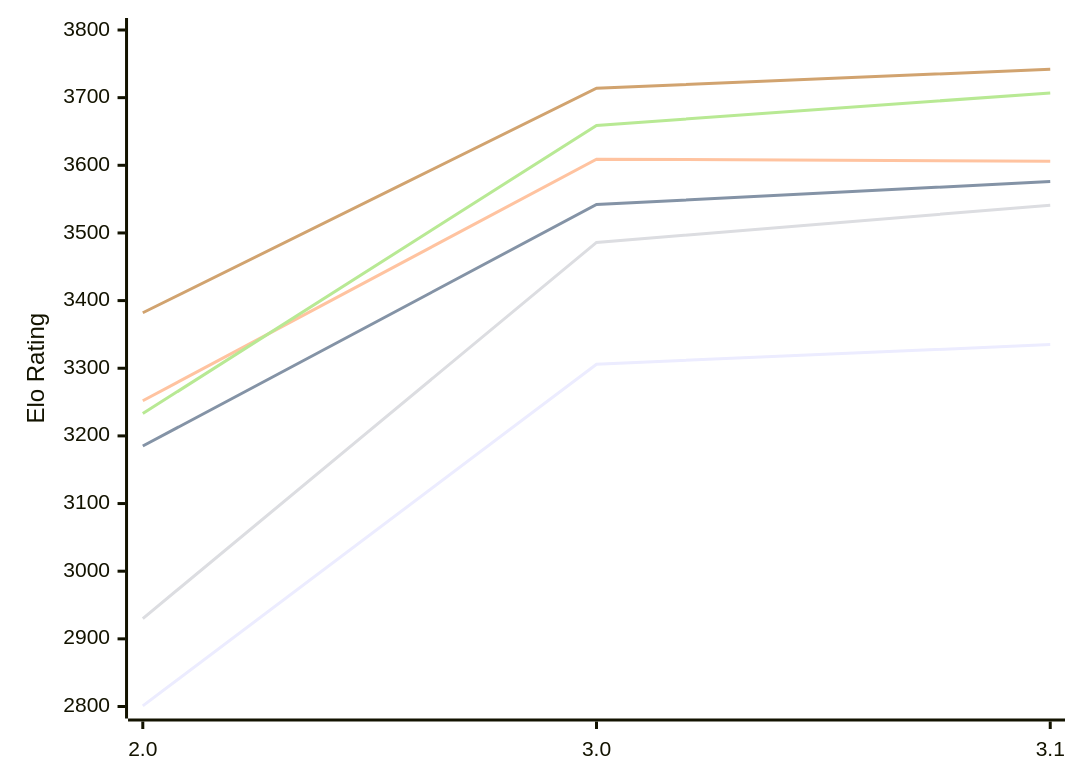
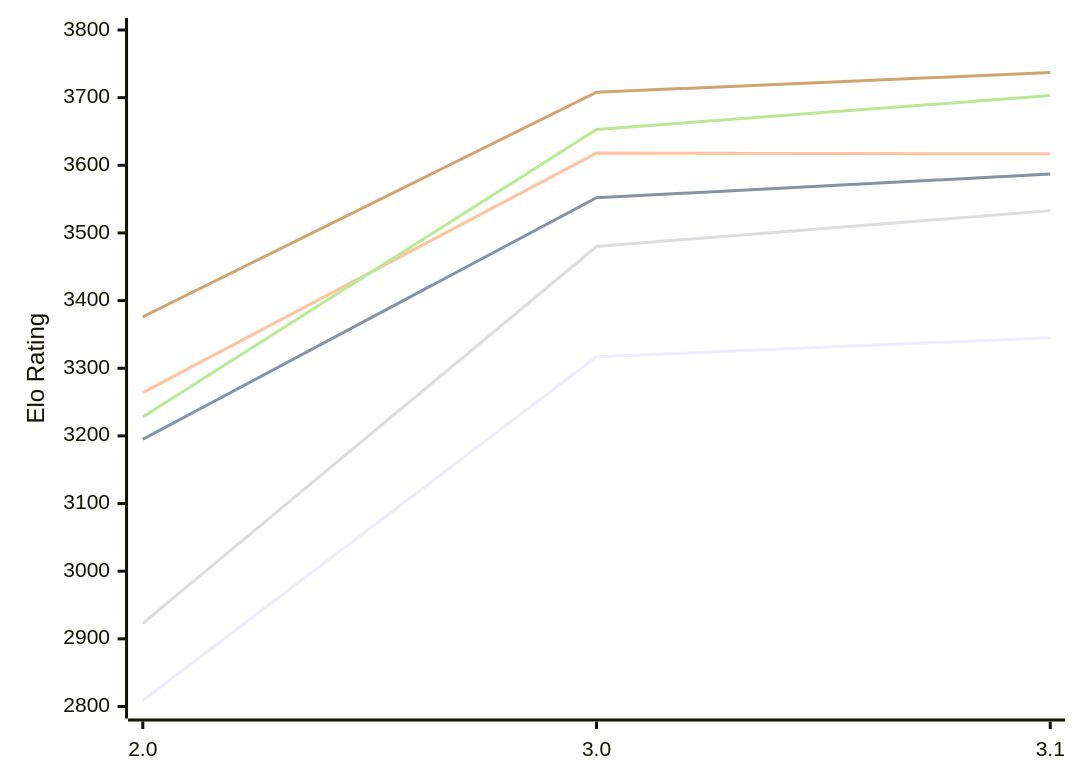
The diagram in engines/Funcomp.md (computer-chess-index/cci), drawn with Mermaid before and after one commit. The commit also changed other lines of this file, not shown here.

Commit message:
Update CCI Ratings (ELO VLTC) - 2026-11-06

````diff
--- a/engines/Funcomp.md
+++ b/engines/Funcomp.md
@@ -51,12 +51,12 @@
 ```mermaid
 %%{init: {"theme":"base","themeVariables":{"seriesColors:['#a3a3a3','#222221','#faa371']}}}%%
 xychart-beta
   x-axis ["2.0", "3.0", "3.1"]
   y-axis "Elo Rating" 2800 --> 3800
-  line "E1: STC (8.0+0.08s)" [2801, 3306, 3335]
-  line "E1: LTC (60.0+0.60s)" [3185, 3542, 3576]
-  line "E1: VLTC (2m24s+1.12s)" [3252, 3609, 3606]
-  line "P1: STC (8.0+0.08s)" [2930, 3486, 3541]
-  line "P1: LTC (60.0+0.60s)" [3233, 3659, 3707]
-  line "P1: VLTC (2m24s+1.12s)" [3382, 3714, 3742]
+  line "E1: STC (8.0+0.08s)" [2809, 3317, 3345]
+  line "E1: LTC (60.0+0.60s)" [3195, 3552, 3587]
+  line "E1: VLTC (2m24s+1.12s)" [3264, 3618, 3617]
+  line "P1: STC (8.0+0.08s)" [2923, 3480, 3533]
+  line "P1: LTC (60.0+0.60s)" [3228, 3653, 3703]
+  line "P1: VLTC (2m24s+1.12s)" [3376, 3708, 3737]
 ```
````
